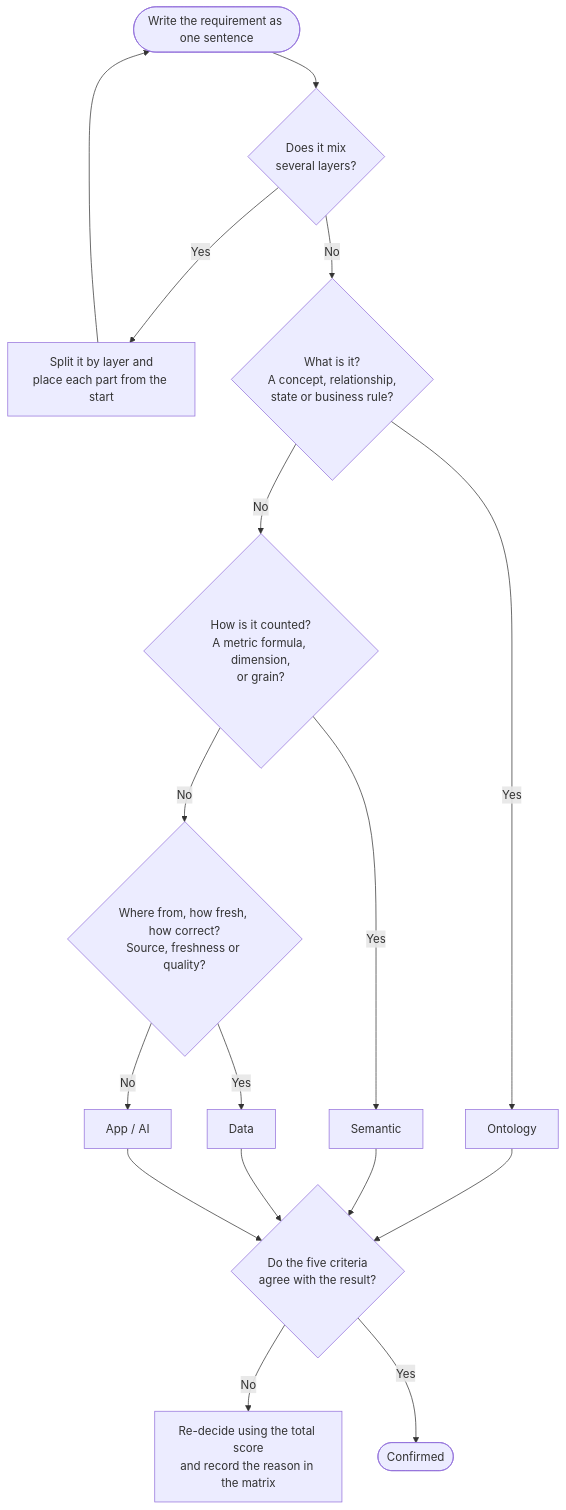
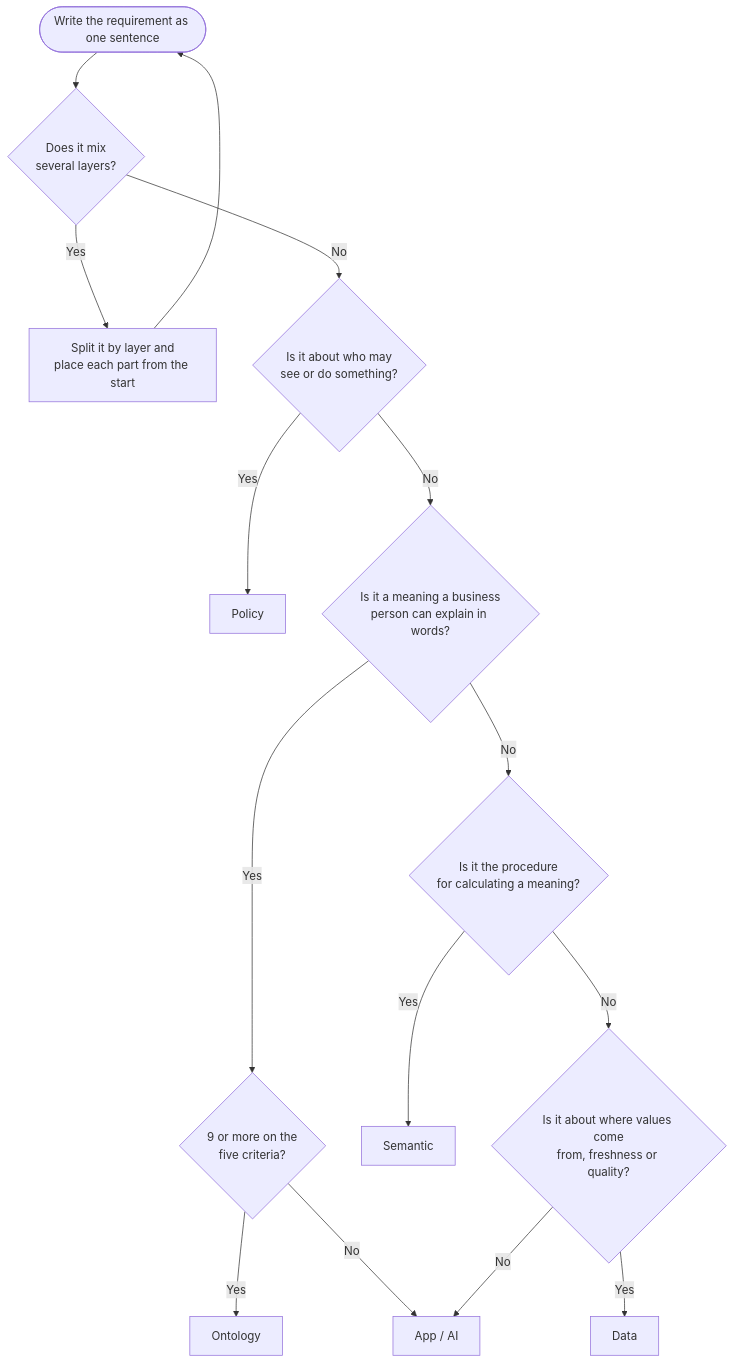
Before and after one commit to keito118/ai-ready-requirements: the diagram in framework/en/02_decision-criteria.md, drawn with Mermaid. The commit also changed other lines of this file and 16 other files, not shown here.

````diff
--- a/framework/en/02_decision-criteria.md
+++ b/framework/en/02_decision-criteria.md
@@ -14,15 +15,16 @@
 ```mermaid
 flowchart TD
   S([Write the requirement as one sentence]) --> SPLIT{Does it mix<br/>several layers?}
   SPLIT -- Yes --> DIV[Split it by layer and<br/>place each part from the start] --> S
-  SPLIT -- No --> Q1{"What is it?<br/>A concept, relationship,<br/>state or business rule?"}
-  Q1 -- Yes --> ONT[Ontology]
-  Q1 -- No --> Q2{"How is it counted?<br/>A metric formula, dimension,<br/>or grain?"}
-  Q2 -- Yes --> SEM[Semantic]
-  Q2 -- No --> Q3{"Where from, how fresh, how correct?<br/>Source, freshness or quality?"}
-  Q3 -- Yes --> DAT[Data]
-  Q3 -- No --> APP[App / AI]
-  ONT & SEM & DAT & APP --> CHK{Do the five criteria<br/>agree with the result?}
-  CHK -- No --> REV[Re-decide using the total score<br/>and record the reason in the matrix]
-  CHK -- Yes --> OK([Confirmed])
+  SPLIT -- No --> Q1{"Is it about who may<br/>see or do something?"}
+  Q1 -- Yes --> POL[Policy]
+  Q1 -- No --> Q2{"Is it a meaning a business<br/>person can explain in words?"}
+  Q2 -- Yes --> SC{"9 or more on the<br/>five criteria?"}
+  SC -- Yes --> ONT[Ontology]
+  SC -- No --> APP
+  Q2 -- No --> Q3{"Is it the procedure<br/>for calculating a meaning?"}
+  Q3 -- Yes --> SEM[Semantic]
+  Q3 -- No --> Q4{"Is it about where values come<br/>from, freshness or quality?"}
+  Q4 -- Yes --> DAT[Data]
+  Q4 -- No --> APP[App / AI]
 ```
````
